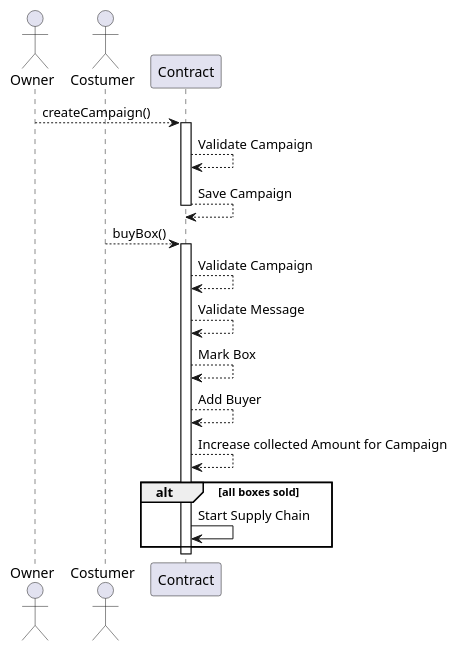
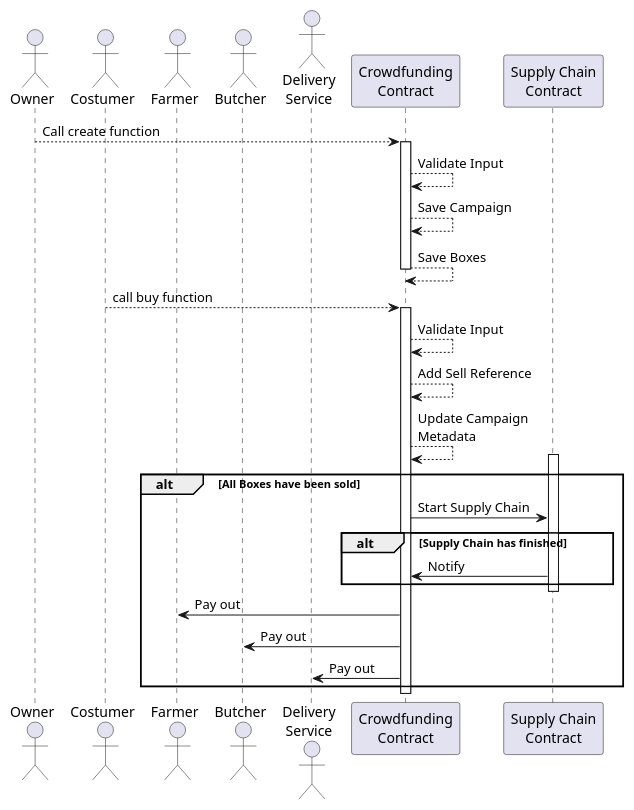
One commit to mstolin/146157_Blockchain changed the diagram in docs/crowdfundingSequence.plantuml. Above: the diagram before and after it, drawn with PlantUML.

```diff
--- a/docs/crowdfundingSequence.plantuml
+++ b/docs/crowdfundingSequence.plantuml
@@ -1,24 +1,37 @@
 @startuml
 actor Owner as owner
 actor Costumer as customer
-participant Contract as contract
+actor Farmer as farmer
+actor Butcher as butcher
+actor "Delivery\nService" as delivery
+participant "Crowdfunding\nContract" as crowdContract
+participant "Supply Chain\nContract" as supplyContract
 
-owner --> contract: createCampaign()
-activate contract
-contract --> contract: Validate Campaign
-contract --> contract: Save Campaign
-deactivate contract
+owner --> crowdContract: Call create function
+activate crowdContract
+crowdContract --> crowdContract: Validate Input
+crowdContract --> crowdContract: Save Campaign
+crowdContract --> crowdContract: Save Boxes
+deactivate crowdContract
 
-customer --> contract: buyBox()
-activate contract
-contract --> contract: Validate Campaign
-contract --> contract: Validate Message
-contract --> contract: Mark Box
-contract --> contract: Add Buyer
-contract --> contract: Increase collected Amount for Campaign
+customer --> crowdContract: call buy function
+activate crowdContract
+crowdContract --> crowdContract: Validate Input
+crowdContract --> crowdContract: Add Sell Reference
+crowdContract --> crowdContract: Update Campaign\nMetadata
 
-alt all boxes sold
-    contract -> contract: Start Supply Chain
+alt All Boxes have been sold
+    activate supplyContract
+    crowdContract -> supplyContract: Start Supply Chain
+
+    alt Supply Chain has finished
+        supplyContract -> crowdContract: Notify
+    end
+    deactivate supplyContract
+
+    crowdContract -> farmer: Pay out
+    crowdContract -> butcher: Pay out
+    crowdContract -> delivery: Pay out
 end
-deactivate contract
+deactivate crowdContract
 @enduml
```
